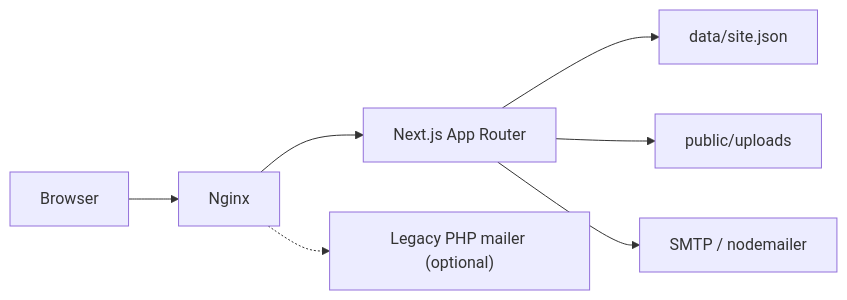
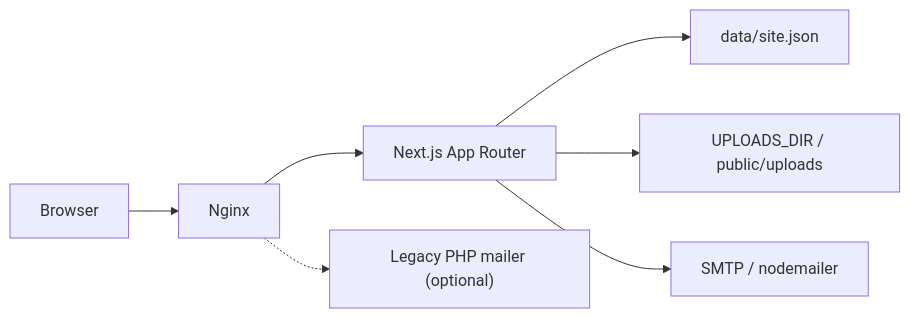
The first of 2 diagrams in docs/architecture.md (murziksasha/properservice), drawn with Mermaid before and after one commit. The commit also changed 22 other files, not shown here.

````diff
--- a/docs/architecture.md
+++ b/docs/architecture.md
@@ -5,9 +5,9 @@
 ```mermaid
 flowchart LR
   Browser --> Nginx
   Nginx --> Next[Next.js App Router]
   Next --> Data["data/site.json"]
-  Next --> Uploads["public/uploads"]
+  Next --> Uploads["UPLOADS_DIR / public/uploads"]
   Next --> SMTP[SMTP / nodemailer]
   Nginx -.-> PHP["Legacy PHP mailer (optional)"]
 ```
````
